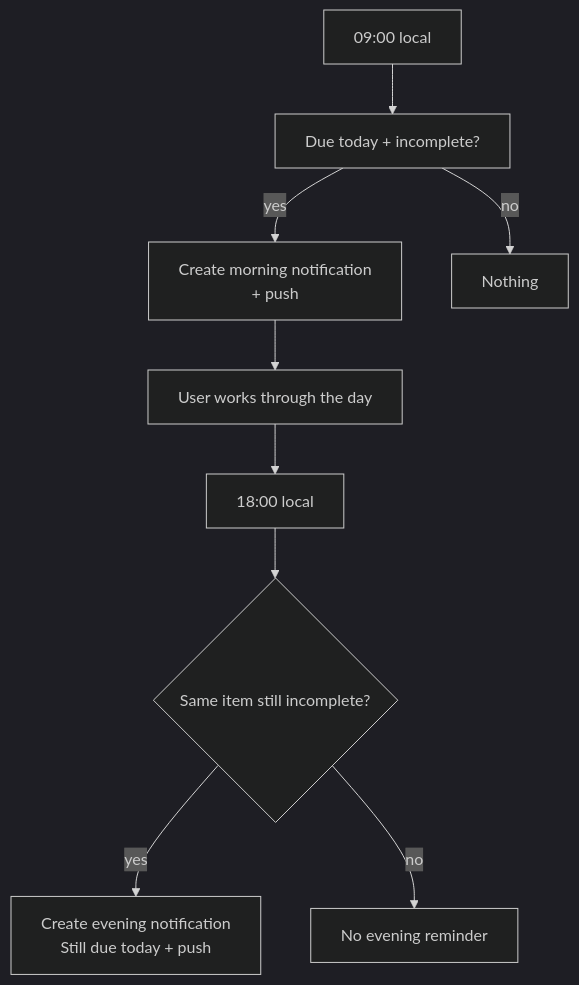
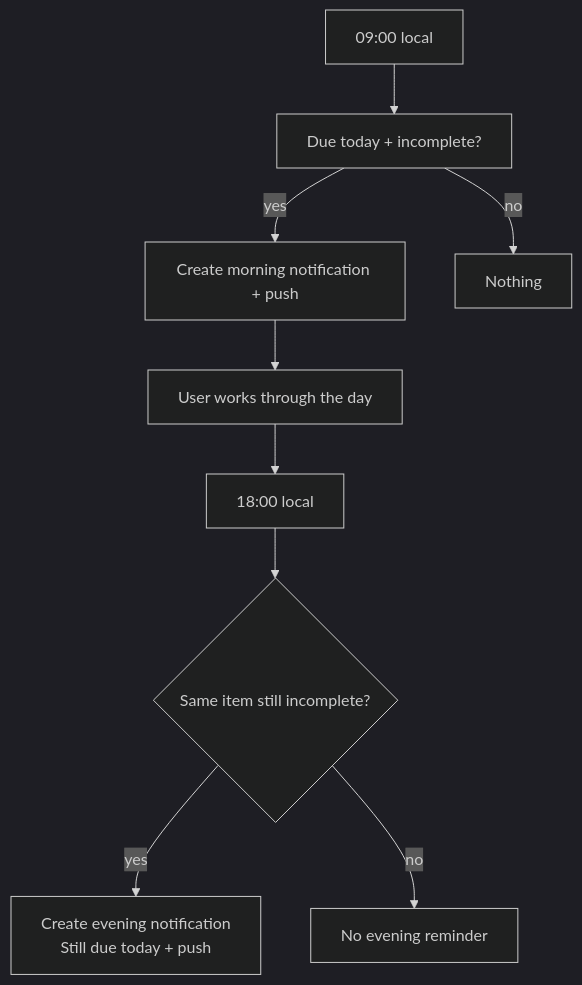
One commit to hemants1703/AmbitiousYou changed the fourth of 4 diagrams in apps/backend/docs/notifications-cron.md. Above: the diagram before and after it, drawn with Mermaid (dark theme). The commit also changed other lines of this file, not shown here.

````diff
--- a/apps/backend/docs/notifications-cron.md
+++ b/apps/backend/docs/notifications-cron.md
@@ -119,11 +127,11 @@
 ```mermaid
 flowchart TD
   M[09:00 local] --> M1[Due today + incomplete?]
-  M1 -->|yes| M2[Create morning notification\n+ push]
+  M1 -->|yes| M2[Create morning notification + push]
   M1 -->|no| M3[Nothing]
   M2 --> Day[User works through the day]
   Day --> E[18:00 local]
   E --> E1{Same item still incomplete?}
   E1 -->|yes| E2[Create evening notification\nStill due today + push]
   E1 -->|no| E3[No evening reminder]
 ```
````
